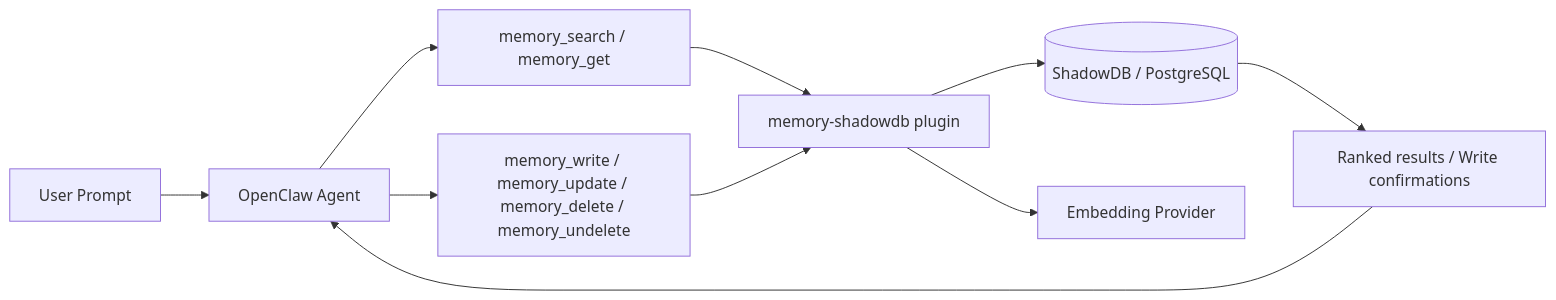
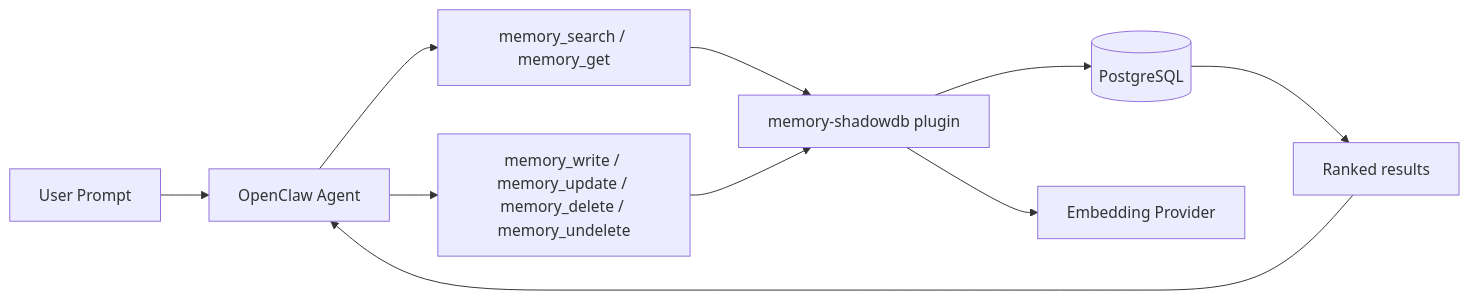
Before and after one commit to jamesdwilson/Sh4d0wDB: the first of 3 diagrams in README.md, drawn with Mermaid. The commit also changed other lines of this file and 6 other files, not shown here.

````diff
--- a/README.md
+++ b/README.md
@@ -169,12 +78,12 @@
 ```mermaid
 flowchart LR
     U[User Prompt] --> A[OpenClaw Agent]
     A --> TR[memory_search / memory_get]
     A --> TW[memory_write / memory_update / memory_delete / memory_undelete]
     TR --> P[memory-shadowdb plugin]
     TW --> P
-    P --> D[(ShadowDB / PostgreSQL)]
+    P --> D[(PostgreSQL)]
     P --> E[Embedding Provider]
-    D --> R[Ranked results / Write confirmations]
+    D --> R[Ranked results]
     R --> A
 ```
````
